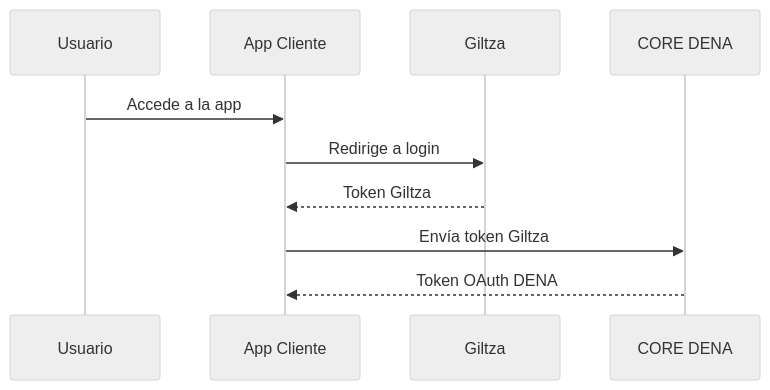
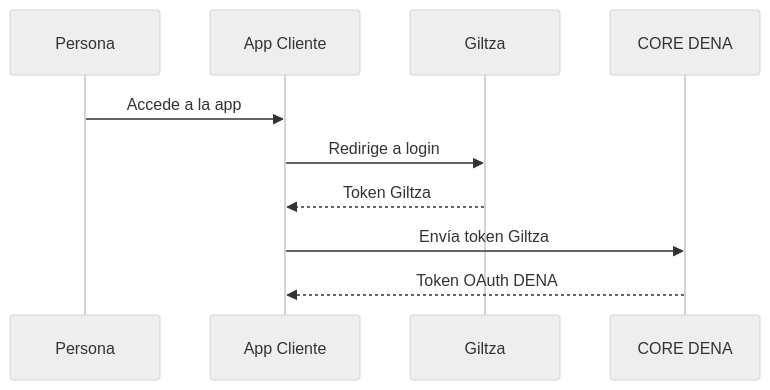
The diagram in docs/autenticacion/client-core-dena.md (DENA-Euskadi/dena-euskadi.github.io), drawn with Mermaid (neutral theme) before and after one commit. The commit also changed other lines of this file and 193 other files, not shown here.

````diff
--- a/docs/autenticacion/client-core-dena.md
+++ b/docs/autenticacion/client-core-dena.md
@@ -15,13 +15,13 @@
     ``` mermaid
     sequenceDiagram
-        participant User as Usuario
+        participant User as Persona
         participant App as App Cliente
         participant Giltza as Giltza
         participant DENA as CORE DENA
 
         User->>App: Accede a la app
         App->>Giltza: Redirige a login
         Giltza-->>App: Token Giltza
         App->>DENA: Envía token Giltza
         DENA-->>App: Token OAuth DENA
     ```
````
